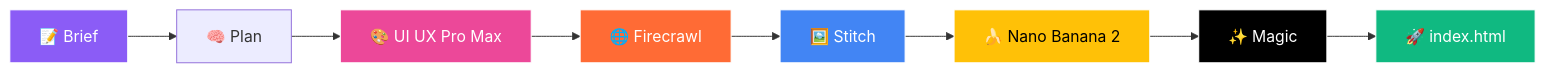
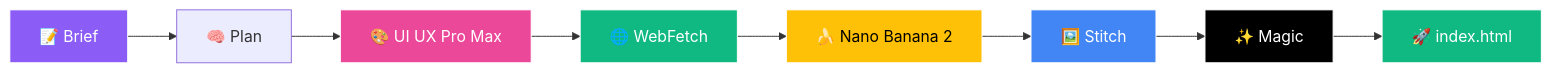
Before and after one commit to ANIS151993/Animated-Website-skill: the first of 2 diagrams in README.md, drawn with Mermaid. The commit also changed other lines of this file and 1 other file, not shown here.

````diff
--- a/README.md
+++ b/README.md
@@ -23,17 +25,17 @@
 ```mermaid
 flowchart LR
     A[📝 Brief] --> B[🧠 Plan]
     B --> C[🎨 UI UX Pro Max]
-    C --> D[🌐 Firecrawl]
-    D --> E[🖼️ Stitch]
-    E --> F[🍌 Nano Banana 2]
+    C --> D[🌐 WebFetch]
+    D --> E[🍌 Nano Banana 2]
+    E --> F[🖼️ Stitch]
     F --> G[✨ Magic]
     G --> H[🚀 index.html]
     style A fill:#8B5CF6,stroke:#fff,color:#fff
     style C fill:#EC4899,stroke:#fff,color:#fff
-    style D fill:#FF6B35,stroke:#fff,color:#fff
-    style E fill:#4285F4,stroke:#fff,color:#fff
-    style F fill:#FFC107,stroke:#fff,color:#000
+    style D fill:#10B981,stroke:#fff,color:#fff
+    style E fill:#FFC107,stroke:#fff,color:#000
+    style F fill:#4285F4,stroke:#fff,color:#fff
     style G fill:#000000,stroke:#fff,color:#fff
     style H fill:#10B981,stroke:#fff,color:#fff
 ```
````
